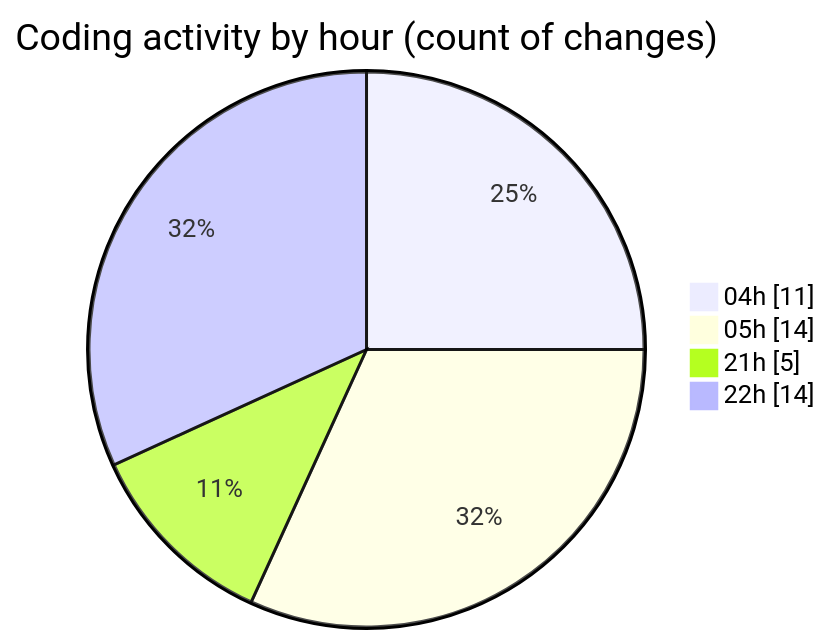
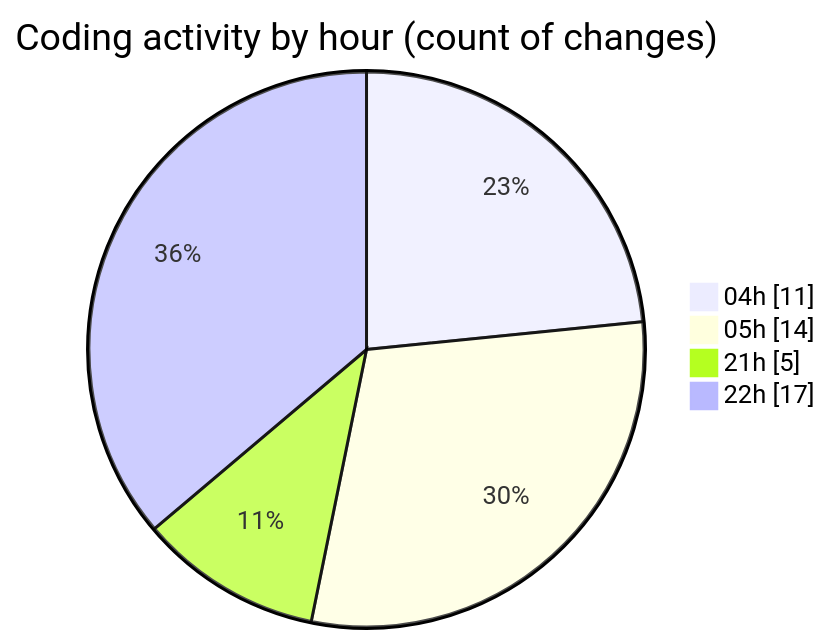
The second of 2 diagrams in 2025-03-27/autodidak/README.md (idhammustaqopulfikri/code-tracking), drawn with Mermaid before and after one commit. The commit also changed other lines of this file and 1 other file, not shown here.

````diff
--- a/2025-03-27/autodidak/README.md
+++ b/2025-03-27/autodidak/README.md
@@ -36,8 +36,8 @@
 ```mermaid
 pie showData
 title Coding activity by hour (count of changes)
 "04h" : 11
 "05h" : 14
 "21h" : 5
-"22h" : 14
+"22h" : 17
 ```
````
